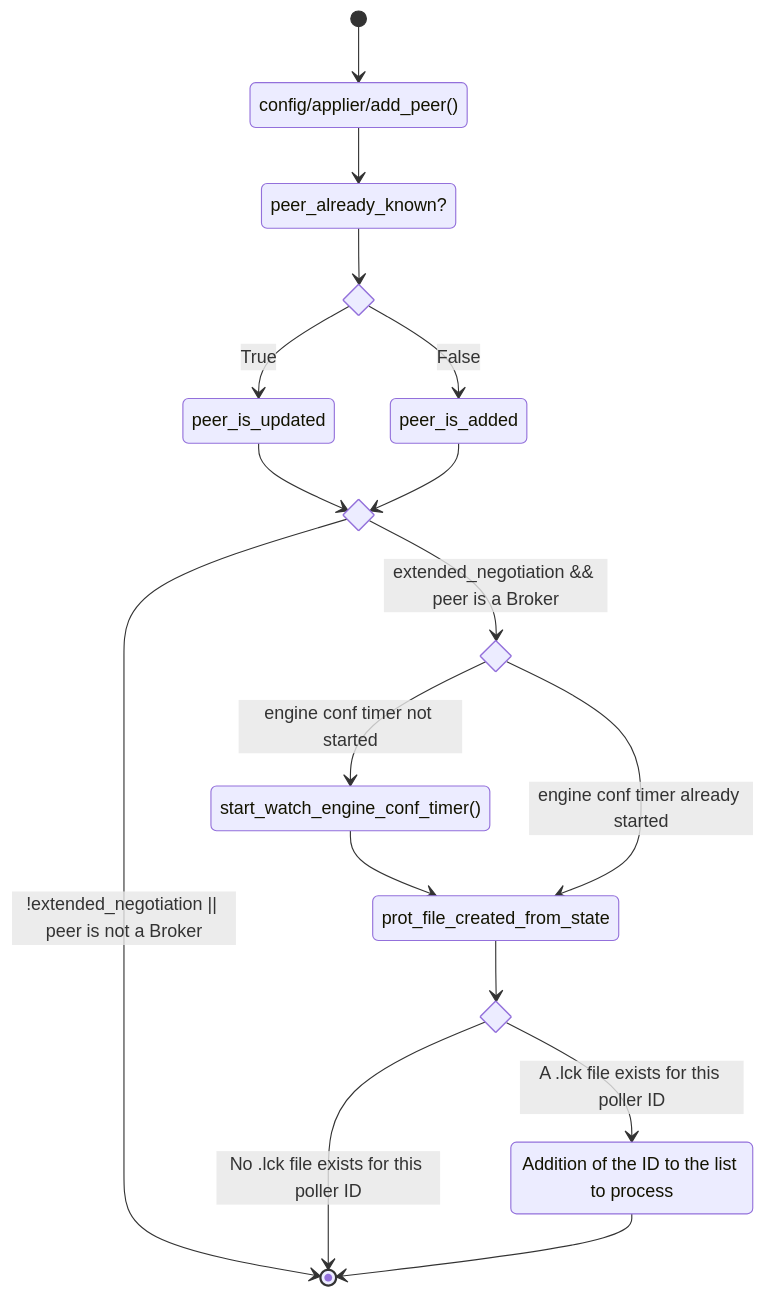
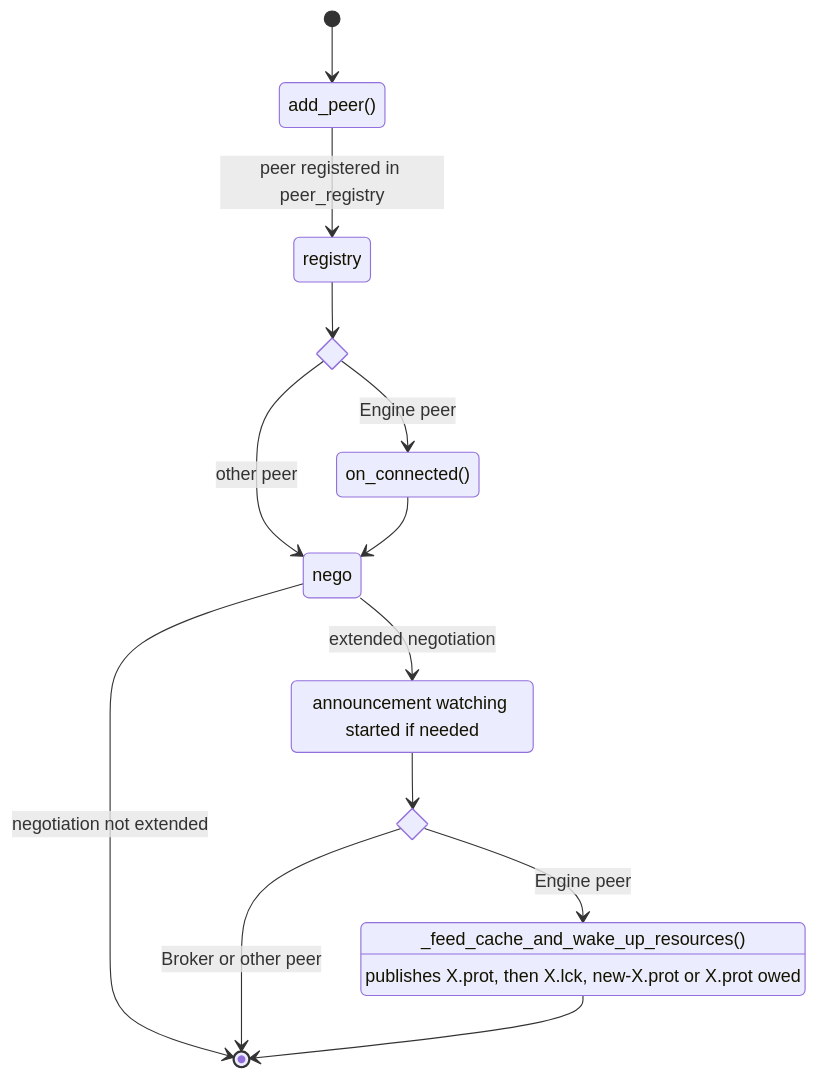
Before and after one commit to centreon/centreon-collect: the third of 13 diagrams in doc/nego-engine-broker/02-configuration-delivery-en.md, drawn with Mermaid. The commit also changed other lines of this file and 3 other files, not shown here.

````diff
--- a/doc/nego-engine-broker/02-configuration-delivery-en.md
+++ b/doc/nego-engine-broker/02-configuration-delivery-en.md
@@ -256,25 +256,21 @@
 ```mermaid
 stateDiagram-v2
-    [*] --> config/applier/add_peer()
-    config/applier/add_peer() --> peer_already_known?
-    state if_state <<choice>>
-    peer_already_known? --> if_state
-    if_state --> peer_is_updated:True
-    if_state --> peer_is_added:False
-    state extended_nego <<choice>>
-    peer_is_updated --> extended_nego
-    peer_is_added --> extended_nego
-    extended_nego --> [*]: !extended_negotiation || peer is not a Broker
-    state if_watch_engine_timer_started <<choice>>
-    extended_nego --> if_watch_engine_timer_started: extended_negotiation && peer is a Broker
-    if_watch_engine_timer_started --> start_watch_engine_conf_timer(): engine conf timer not started
-    start_watch_engine_conf_timer() --> prot_file_created_from_state
-    if_watch_engine_timer_started --> prot_file_created_from_state: engine conf timer already started
-
-    state if_existing_lck_file_for_current_poller_id <<choice>>
-    prot_file_created_from_state --> if_existing_lck_file_for_current_poller_id
-    if_existing_lck_file_for_current_poller_id --> keep_lck_file_in_memory: A .lck file exists for this poller ID
-    if_existing_lck_file_for_current_poller_id --> [*]: No .lck file exists for this poller ID
-    keep_lck_file_in_memory: Addition of the ID to the list to process
-    keep_lck_file_in_memory --> [*]
+    [*] --> add_peer()
+    add_peer() --> registry : peer registered in peer_registry
+    state type_conf <<choice>>
+    registry --> type_conf
+    type_conf --> on_connected() : Engine peer
+    type_conf --> nego : other peer
+    on_connected() --> nego
+    state nego <<choice>>
+    nego --> [*] : negotiation not extended
+    nego --> watching : extended negotiation
+    watching : announcement watching started if needed
+    state type_feed <<choice>>
+    watching --> type_feed
+    type_feed --> [*] : Broker or other peer
+    type_feed --> feed : Engine peer
+    feed : _feed_cache_and_wake_up_resources()
+    feed : publishes X.prot, then X.lck, new-X.prot or X.prot owed
+    feed --> [*]
 ```
````
